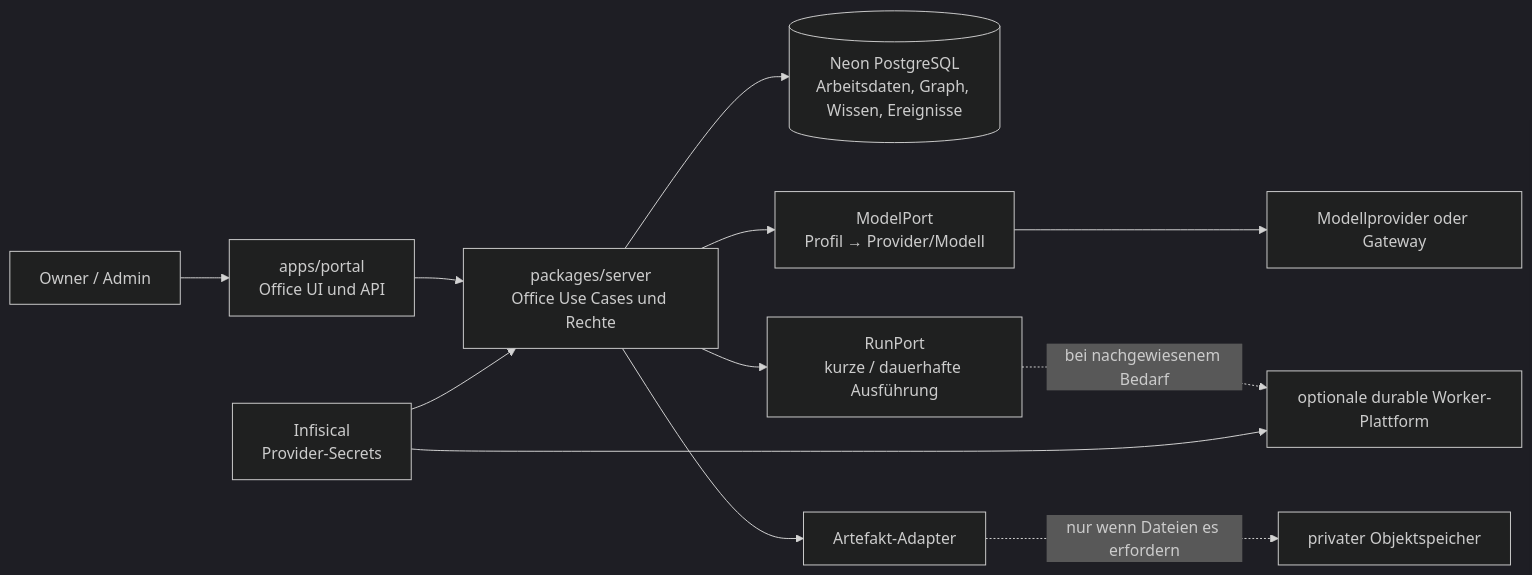
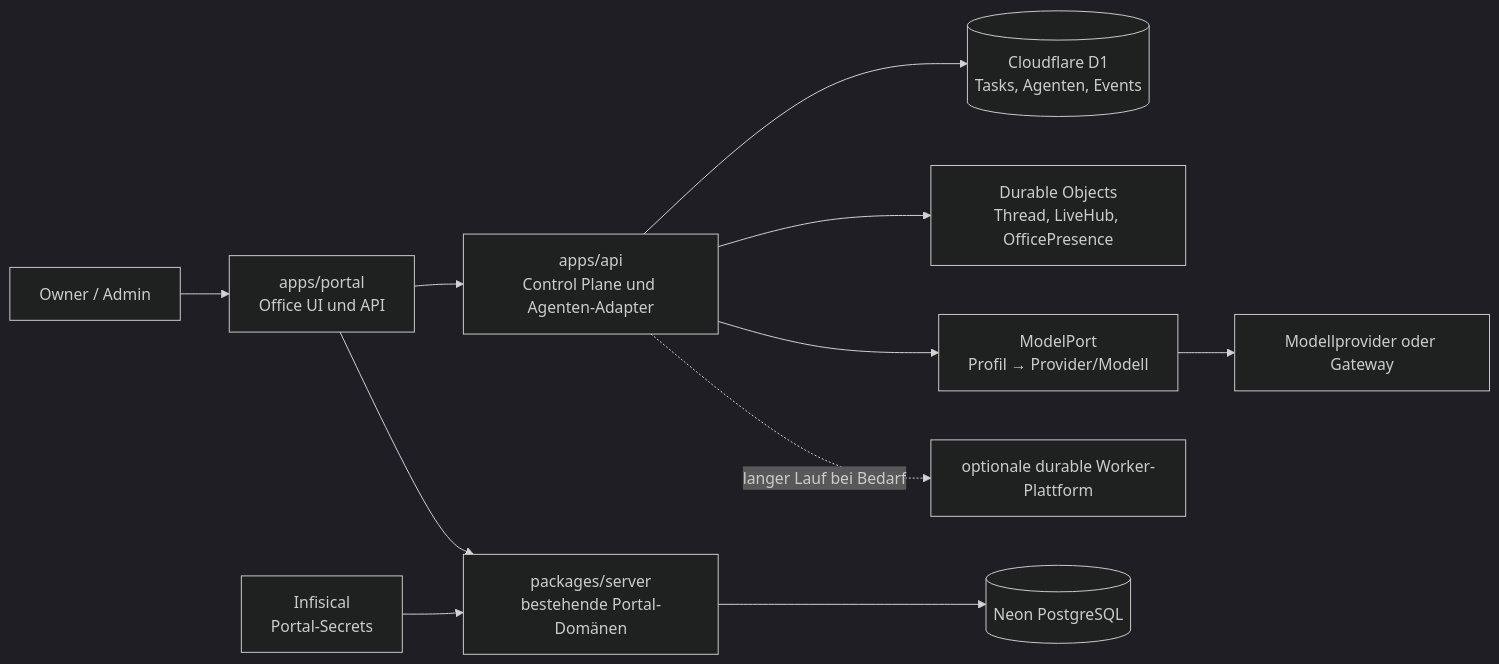
The diagram in docs/architecture/office-brain/system-architecture.md (devUgur/uguroezdamar.com), drawn with Mermaid (dark theme) before and after one commit. The commit also changed other lines of this file and 21 other files, not shown here.

Commit message:
Agenten-Work-Board als Control Plane integrieren

```diff
--- a/docs/architecture/office-brain/system-architecture.md
+++ b/docs/architecture/office-brain/system-architecture.md
@@ -12,14 +12,13 @@
 ~~~mermaid
 flowchart LR
   Owner[Owner / Admin] --> Portal[apps/portal<br/>Office UI und API]
-  Portal --> Server[packages/server<br/>Office Use Cases und Rechte]
-  Server --> DB[(Neon PostgreSQL<br/>Arbeitsdaten, Graph, Wissen, Ereignisse)]
-  Server --> ModelPort[ModelPort<br/>Profil → Provider/Modell]
+  Portal --> API[apps/api<br/>Control Plane und Agenten-Adapter]
+  API --> D1[(Cloudflare D1<br/>Tasks, Agenten, Events)]
+  API --> Runtime[Durable Objects<br/>Thread, LiveHub, OfficePresence]
+  API --> ModelPort[ModelPort<br/>Profil → Provider/Modell]
   ModelPort --> LLM[Modellprovider oder Gateway]
-  Server --> RunPort[RunPort<br/>kurze / dauerhafte Ausführung]
-  RunPort -. bei nachgewiesenem Bedarf .-> Workflow[optionale durable Worker-Plattform]
-  Server --> BlobPort[Artefakt-Adapter]
-  BlobPort -. nur wenn Dateien es erfordern .-> Blob[privater Objektspeicher]
-  Infisical[Infisical<br/>Provider-Secrets] --> Server
-  Infisical --> Workflow
+  Portal --> Server[packages/server<br/>bestehende Portal-Domänen]
+  Server --> Neon[(Neon PostgreSQL)]
+  API -. langer Lauf bei Bedarf .-> Workflow[optionale durable Worker-Plattform]
+  Infisical[Infisical<br/>Portal-Secrets] --> Server
 ~~~
```
